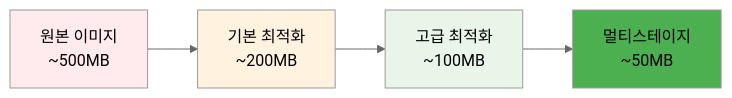
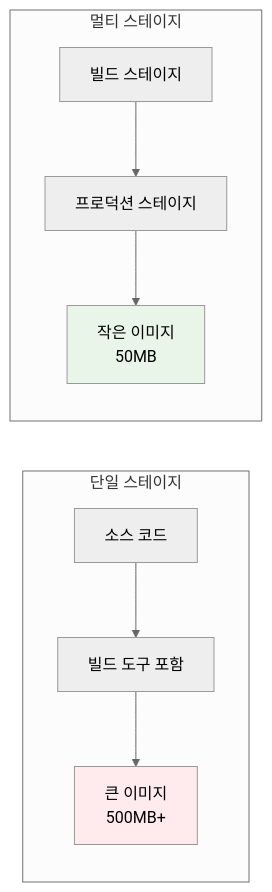
The diagram in theory/week_01/day3/session_2.md (niceguy61/kdt_devops_lecture_2025), drawn with Mermaid (neutral theme) before and after one commit. The commit also changed other lines of this file and 26 other files, not shown here.

````diff
--- a/theory/week_01/day3/session_2.md
+++ b/theory/week_01/day3/session_2.md
@@ -299,11 +101,15 @@
 ```mermaid
 graph LR
-    A[원본 이미지<br/>~500MB] --> B[기본 최적화<br/>~200MB]
-    B --> C[고급 최적화<br/>~100MB]
-    C --> D[멀티스테이지<br/>~50MB]
+    subgraph "단일 스테이지"
+        A1[소스 코드] --> A2[빌드 도구 포함]
+        A2 --> A3[큰 이미지<br/>500MB+]
+    end
     
-    style A fill:#ffebee
-    style B fill:#fff3e0
-    style C fill:#e8f5e8
-    style D fill:#4caf50
+    subgraph "멀티 스테이지"
+        B1[빌드 스테이지] --> B2[프로덕션 스테이지]
+        B2 --> B3[작은 이미지<br/>50MB]
+    end
+    
+    style A3 fill:#ffebee
+    style B3 fill:#e8f5e8
 ```
````
